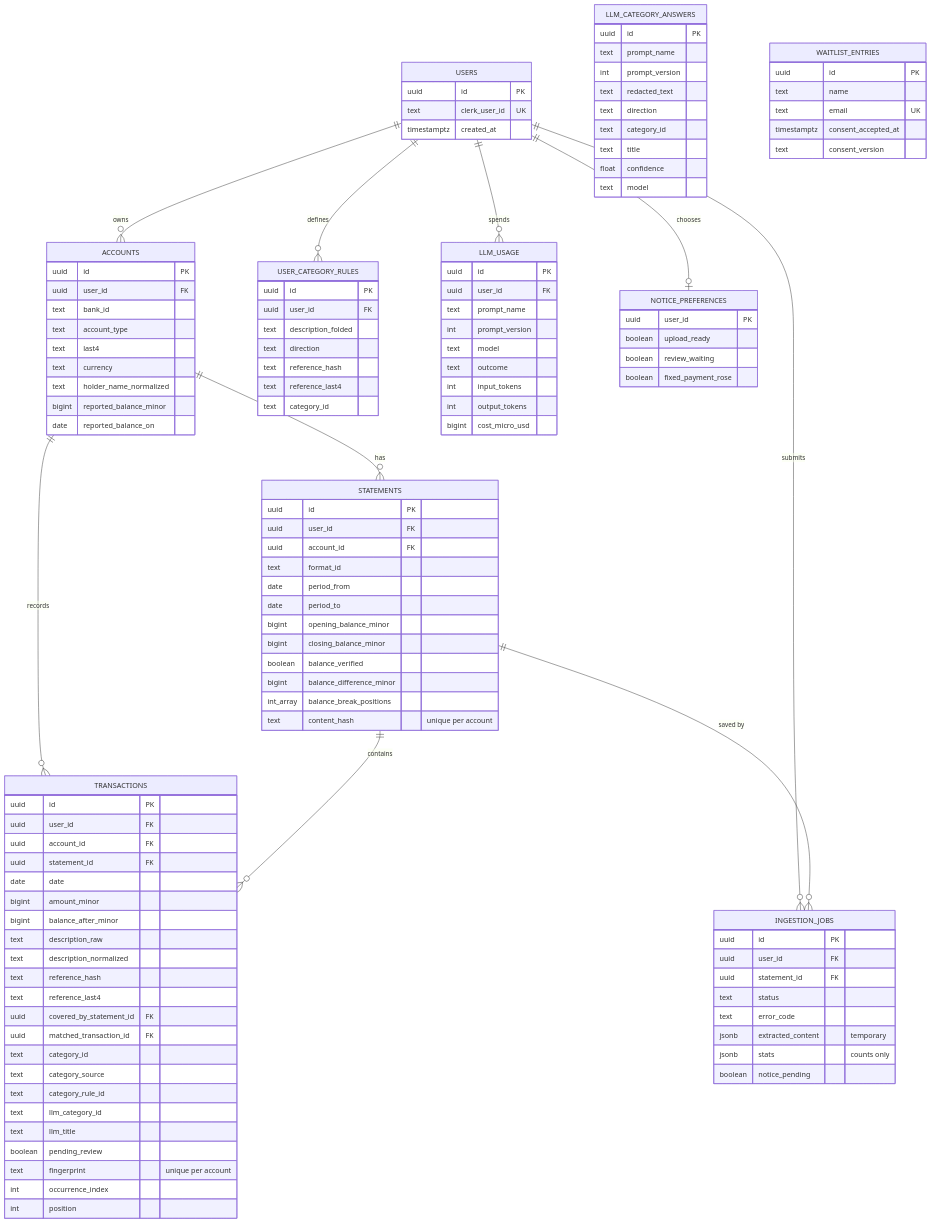
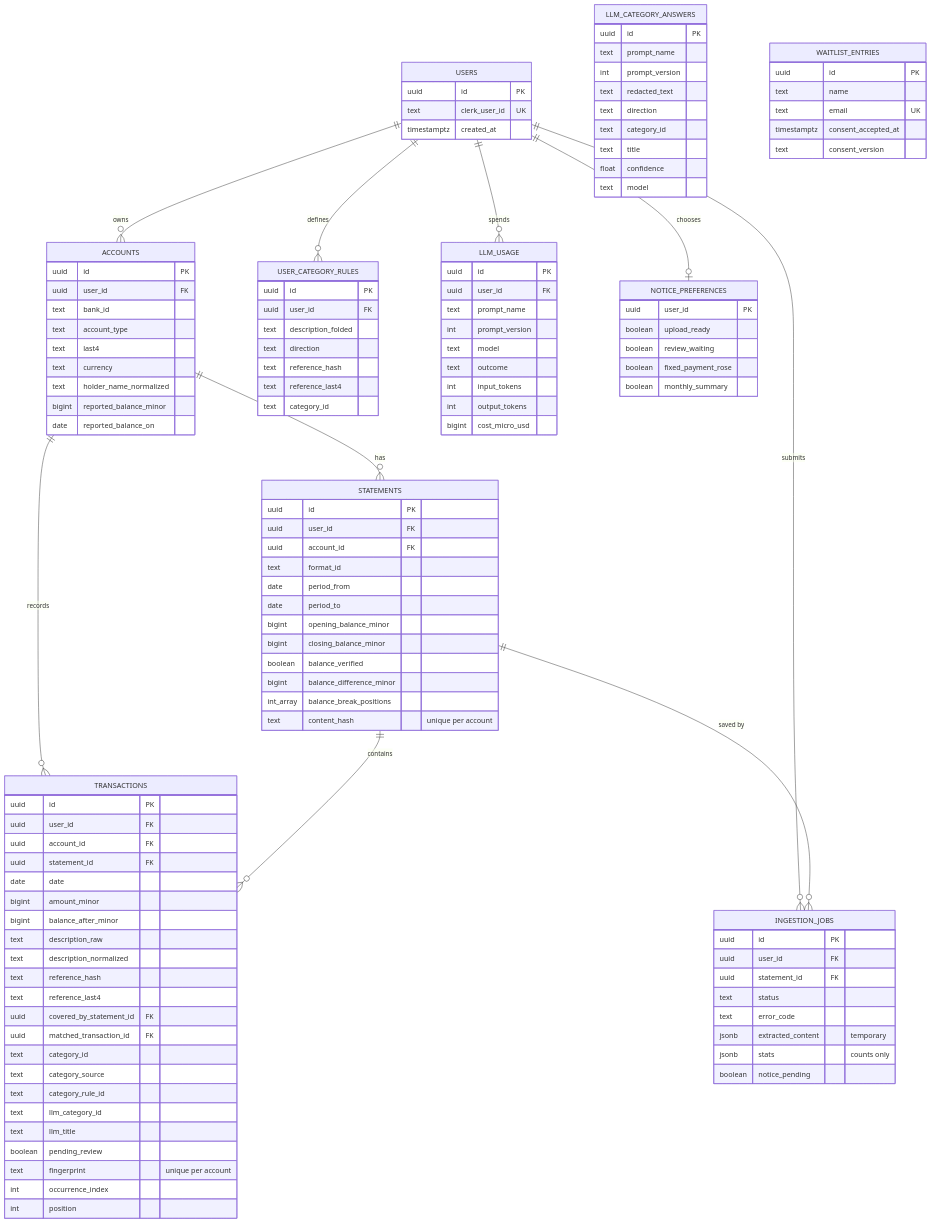
The third of 7 diagrams in docs/ARCHITECTURE.md (ingcarlostello/xtrakto), drawn with Mermaid before and after one commit. The commit also changed other lines of this file and 3 other files, not shown here.

```diff
--- a/docs/ARCHITECTURE.md
+++ b/docs/ARCHITECTURE.md
@@ -262,6 +263,7 @@
         boolean upload_ready
         boolean review_waiting
         boolean fixed_payment_rose
+        boolean monthly_summary
     }
     USER_CATEGORY_RULES {
         uuid id PK
```
